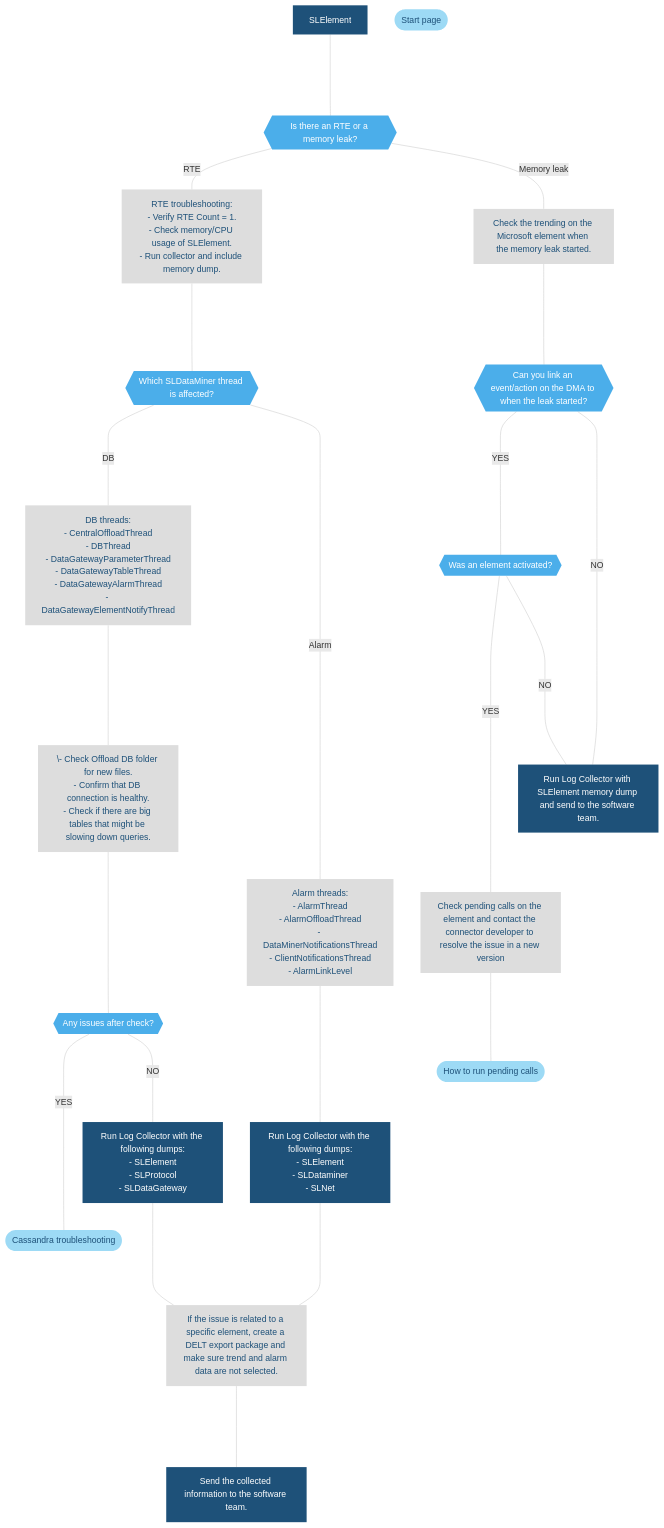
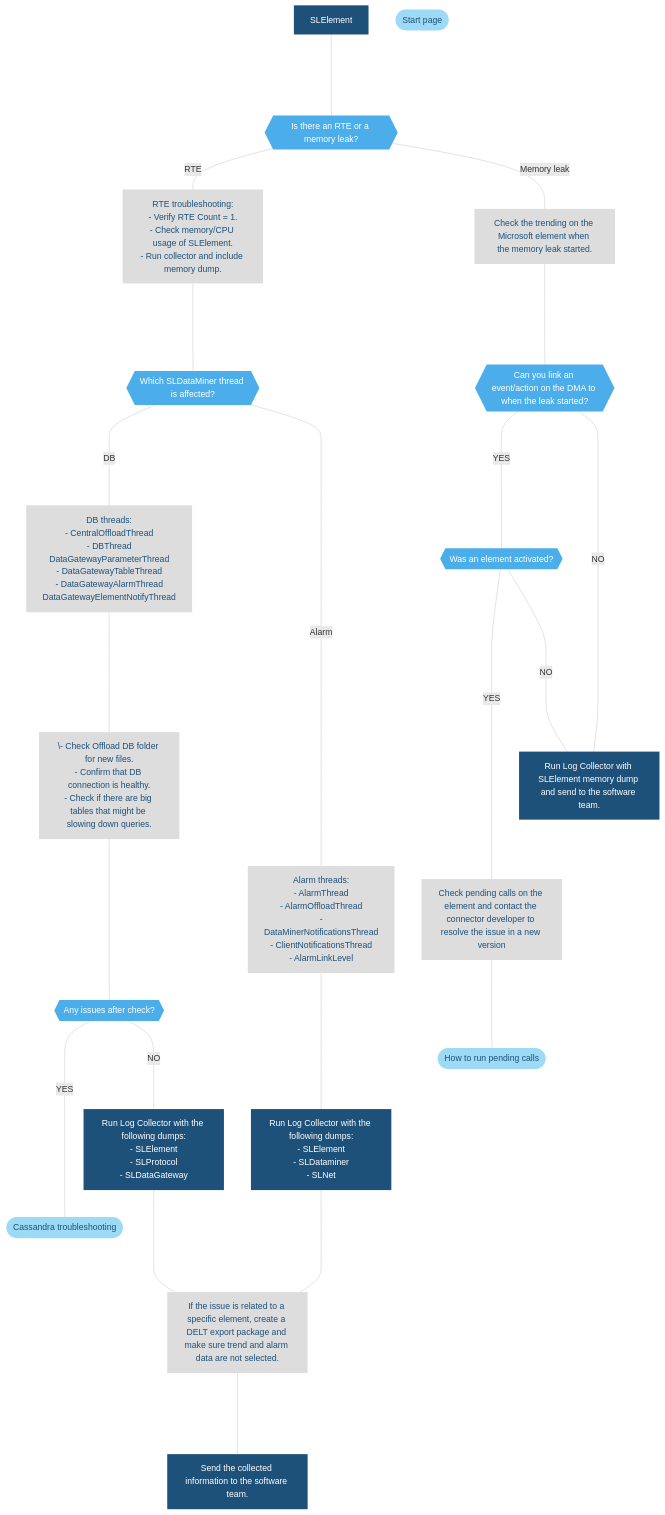
Before and after one commit to SkylineCommunications/dataminer-docs: the diagram in user-guide/Troubleshooting/Troubleshooting_Flowcharts/Troubleshooting_Process_Identification/Main_processes/Troubleshooting_SLElement_exe.md, drawn with Mermaid. The commit also changed 13 other files, not shown here.

````diff
--- a/user-guide/Troubleshooting/Troubleshooting_Flowcharts/Troubleshooting_Process_Identification/Main_processes/Troubleshooting_SLElement_exe.md
+++ b/user-guide/Troubleshooting/Troubleshooting_Flowcharts/Troubleshooting_Process_Identification/Main_processes/Troubleshooting_SLElement_exe.md
@@ -15,58 +15,58 @@
 ```mermaid
 flowchart TD
 %% Define styles %%
 linkStyle default stroke:#cccccc
 classDef LightBlue fill:#9DDAF5,stroke:#000070,stroke-width:0px, color:#1E5179;
 classDef Blue fill:#4BAEEA,stroke:#000070,stroke-width:0px, color:#FFFFFF;
 classDef DarkBlue fill:#1E5179,stroke:#000070,stroke-width:0px, color:#FFFFFF;
 classDef DarkGray fill:#58595B,stroke:#000070,stroke-width:0px, color:#FFFFFF;
 classDef Gray fill:#999999,stroke:#000070,stroke-width:0px, color:#FFFFFF;
 classDef LightGray fill:#DDDDDD,stroke:#000070,stroke-width:0px, color:#1E5179;
 %% Define blocks %%
 Start[SLElement]
 StartPage([Start page])
 RTE{{Is there an RTE or a memory leak?}}
 Watchdog[RTE troubleshooting:<br/>- Verify RTE Count = 1.<br/>- Check memory/CPU usage of SLElement.<br/>- Run collector and include memory dump.]
 Threads{{Which SLDataMiner thread is affected?}}
-ThreadsDB[DB threads:<br/>- CentralOffloadThread<br/>- DBThread<br/>- DataGatewayParameterThread<br/>- DataGatewayTableThread<br/>- DataGatewayAlarmThread<br/>- DataGatewayElementNotifyThread]
+ThreadsDB[" DB threads:<br/>- CentralOffloadThread<br/>- DBThread<br/>DataGatewayParameterThread<br/>- DataGatewayTableThread<br/>- DataGatewayAlarmThread<br/>DataGatewayElementNotifyThread "]
 Offload[" \- Check Offload DB folder for new files.<br/>- Confirm that DB connection is healthy.<br/>- Check if there are big tables that might be slowing down queries. "]
 IssuesAfterCheck{{Any issues after check?}}
 CassandraTb([Cassandra troubleshooting])
 DumpDb[Run Log Collector with the following dumps:<br/>- SLElement<br/>- SLProtocol<br/>- SLDataGateway]
-ThreadsAlarm[Alarm threads:<br/>- AlarmThread<br/>- AlarmOffloadThread<br/>- DataMinerNotificationsThread<br/>- ClientNotificationsThread<br/>- AlarmLinkLevel]
+ThreadsAlarm[Alarm threads:<br/>- AlarmThread<br/>- AlarmOffloadThread<br/>-DataMinerNotificationsThread<br/>- ClientNotificationsThread<br/>- AlarmLinkLevel]
 DumpAlarm[Run Log Collector with the following dumps:<br/>- SLElement<br/>- SLDataminer<br/>- SLNet]
 Delt[If the issue is related to a specific element, create a DELT export package and make sure trend and alarm data are not selected.]
 SendSw[Send the collected information to the software team.]
 LogCollectorSw[Run Log Collector with SLElement memory dump and send to the software team.]
 PendingCalls[Check pending calls on the element and contact the connector developer to resolve the issue in a new version]
 RunPending([How to run pending calls])
 MemoryLeak[Check the trending on the Microsoft element when the memory leak started.]
 LeakStart{{Can you link an event/action on the DMA to when the leak started?}}
 ElementActive{{Was an element activated?}}
 %% Connect blocks %%
 Start ----- RTE
 RTE --- |RTE|Watchdog
 Watchdog ----- Threads
 Threads -----|DB|ThreadsDB
 Threads ---|Alarm|ThreadsAlarm ----- DumpAlarm ----- Delt
 ThreadsDB ----- Offload ---- IssuesAfterCheck -----|YES|CassandraTb
 IssuesAfterCheck----|NO|DumpDb ----- Delt
 Delt ----- SendSw
 PendingCalls ---- RunPending
 RTE ---|Memory leak|MemoryLeak
 MemoryLeak ----- LeakStart
 LeakStart ----- |YES|ElementActive
 ElementActive ------ |YES|PendingCalls
 LeakStart ----- |NO|LogCollectorSw
 ElementActive ----- |NO|LogCollectorSw
 %% Define hyperlinks %%
 click StartPage "/user-guide/Troubleshooting/Troubleshooting_Flowcharts/Finding_a_Root_Cause.html"
 click RunPending "https://docs.dataminer.services/develop/devguide/Connector/Howto/How_to_retrieve_protocol_pending_calls.html"
 click CassandraTb "https://community.dataminer.services/troubleshooting-cassandra/"
 click Delt "/user-guide/Advanced_Functionality/DataMiner_Agents/Exporting_and_importing/Exporting_elements_services_etc_to_a_dmimport_file.html"
 %% Apply styles to blocks %%
 class Start,LogCollectorSw,DumpAlarm,DumpDb,SendSw DarkBlue;
 class Watchdog,MemoryLeak,ThreadsDB,ThreadsAlarm,Offload,PendingCalls,Delt LightGray;
 class ElementRestarted,ElementStop,LeakStart,ElementActive,Threads,RTE,IssuesAfterCheck Blue;
 class StartPage,RunPending,CassandraTb LightBlue;
 ```
````
